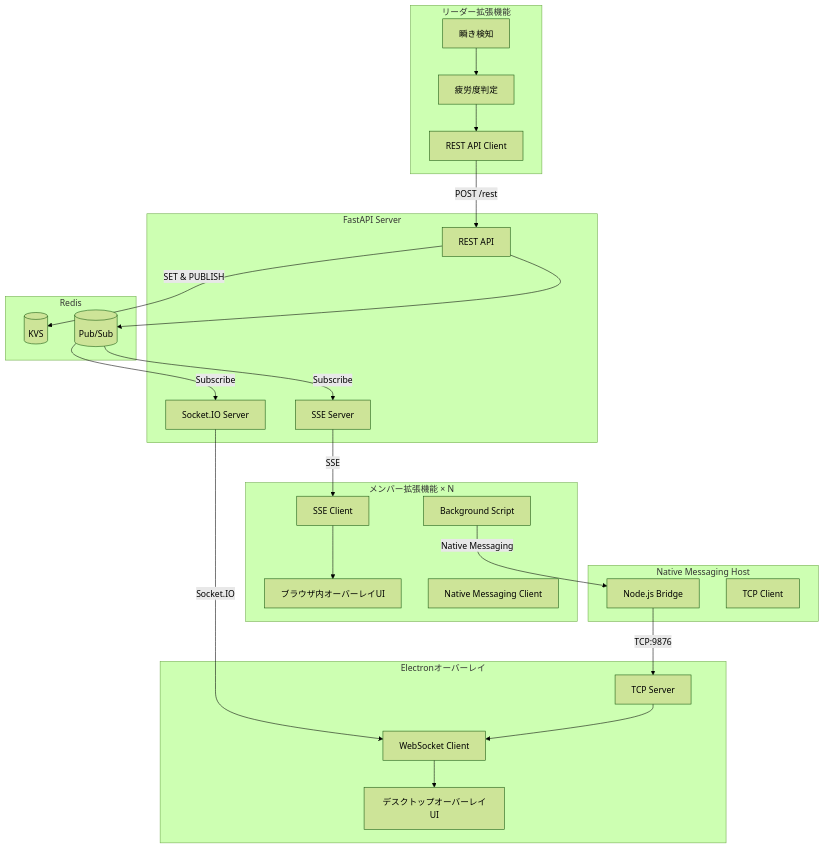
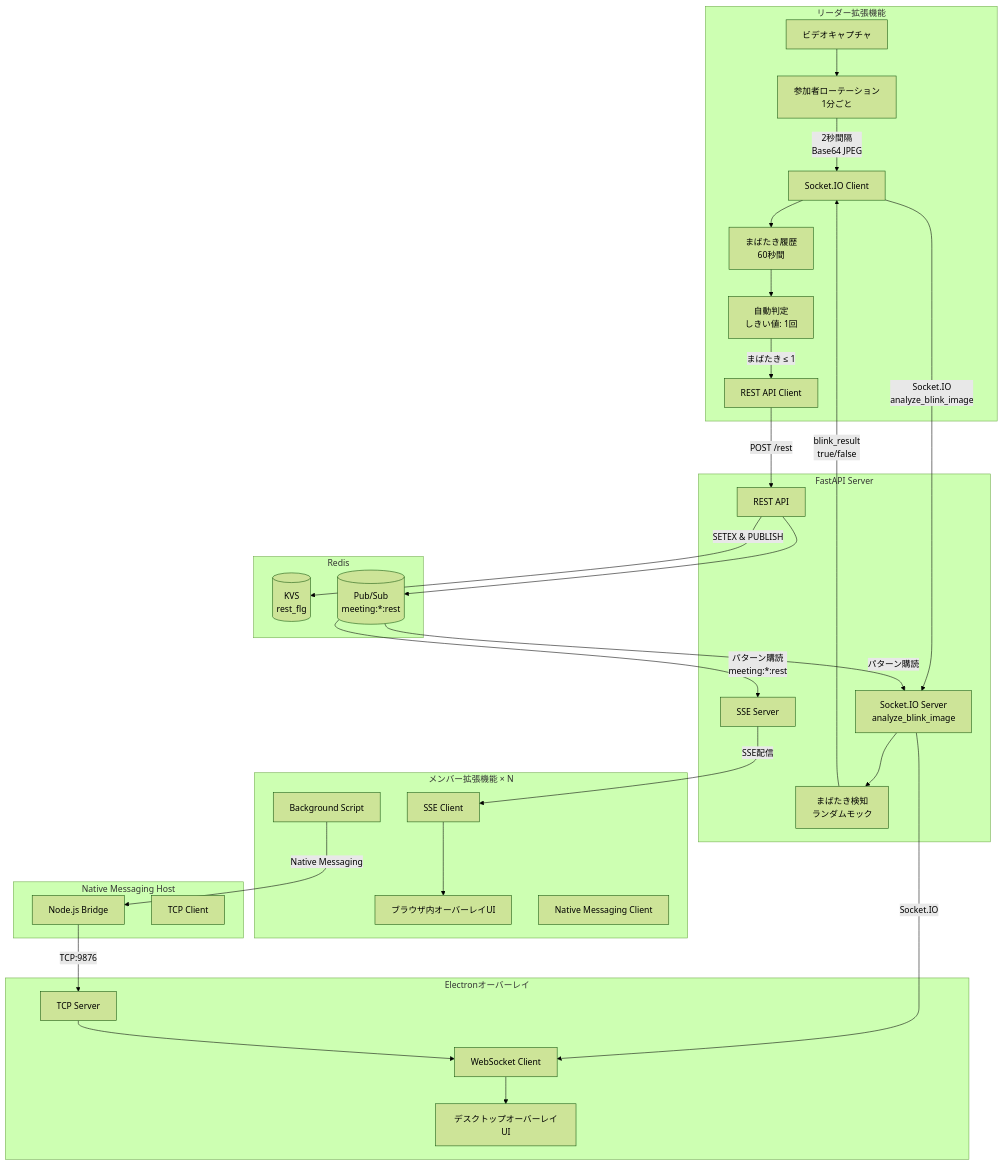
Before and after one commit to jphacks/os_2521: the first of 2 diagrams in doc/spec/design.md, drawn with Mermaid (forest theme). The commit also changed other lines of this file and 22 other files, not shown here.

````diff
--- a/doc/spec/design.md
+++ b/doc/spec/design.md
@@ -13,54 +13,66 @@
 ```mermaid
 flowchart TB
   subgraph Leader[リーダー拡張機能]
-    BD[瞬き検知]
-    FD[疲労度判定]
+    VIDEO[ビデオキャプチャ]
+    ROTATION[参加者ローテーション<br/>1分ごと]
+    SIOCD[Socket.IO Client]
+    HISTORY[まばたき履歴<br/>60秒間]
+    JUDGE[自動判定<br/>しきい値: 1回]
     API1[REST API Client]
   end
 
   subgraph Member[メンバー拡張機能 × N]
     BG[Background Script]
     SSE1[SSE Client]
     UI1[ブラウザ内オーバーレイUI]
     NM[Native Messaging Client]
   end
 
   subgraph NativeHost[Native Messaging Host]
     NH[Node.js Bridge]
     TCP[TCP Client]
   end
 
   subgraph Electron[Electronオーバーレイ]
     TCPS[TCP Server]
     WS[WebSocket Client]
     UI2[デスクトップオーバーレイUI]
   end
 
   subgraph Server[FastAPI Server]
     REST[REST API]
     SSE_SRV[SSE Server]
-    SOCK[Socket.IO Server]
+    SOCK[Socket.IO Server<br/>analyze_blink_image]
+    BLINK[まばたき検知<br/>ランダムモック]
   end
 
   subgraph Data[Redis]
-    KVS[(KVS)]
-    PUBSUB[(Pub/Sub)]
+    KVS[(KVS<br/>rest_flg)]
+    PUBSUB[(Pub/Sub<br/>meeting:*:rest)]
   end
 
-  BD-->FD-->API1
+  VIDEO-->ROTATION
+  ROTATION--2秒間隔<br/>Base64 JPEG-->SIOCD
+  SIOCD--Socket.IO<br/>analyze_blink_image-->SOCK
+  SOCK-->BLINK
+  BLINK--blink_result<br/>true/false-->SIOCD
+  SIOCD-->HISTORY
+  HISTORY-->JUDGE
+  JUDGE--まばたき ≤ 1-->API1
+
   API1--POST /rest-->REST
-  REST--SET & PUBLISH-->KVS
+  REST--SETEX & PUBLISH-->KVS
   REST-->PUBSUB
 
-  PUBSUB--Subscribe-->SSE_SRV
-  SSE_SRV--SSE-->SSE1
+  PUBSUB--パターン購読<br/>meeting:*:rest-->SSE_SRV
+  SSE_SRV--SSE配信-->SSE1
   SSE1-->UI1
 
-  PUBSUB--Subscribe-->SOCK
+  PUBSUB--パターン購読-->SOCK
   SOCK--Socket.IO-->WS
   WS-->UI2
 
   BG--Native Messaging-->NH
   NH--TCP:9876-->TCPS
   TCPS-->WS
 ```
````
